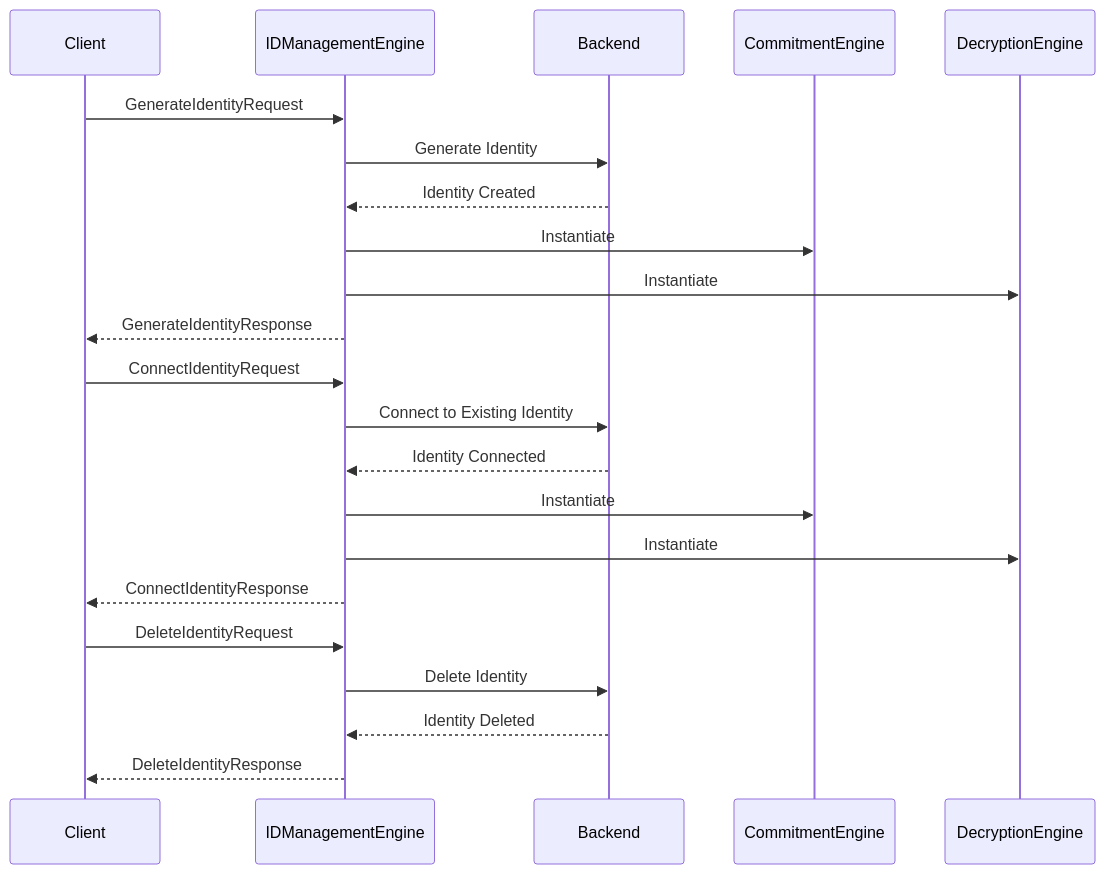
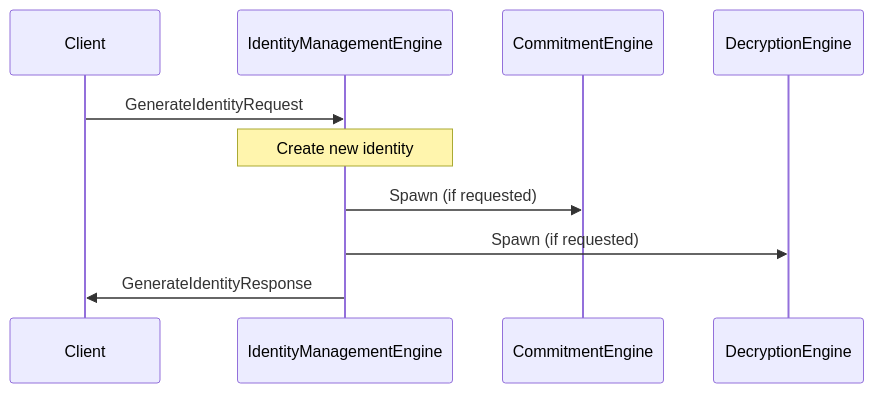
Before and after one commit to anoma/nspec: the first of 3 diagrams in docs/node_architecture/engines/identity_management_overview.juvix.md, drawn with Mermaid. The commit also changed other lines of this file and 9 other files, not shown here.

Commit message:
Clearn up sequence diagrams

````diff
--- a/docs/node_architecture/engines/identity_management_overview.juvix.md
+++ b/docs/node_architecture/engines/identity_management_overview.juvix.md
@@ -169,27 +169,13 @@
 ```mermaid
 sequenceDiagram
     participant Client
-    participant IDManagementEngine
-    participant Backend
+    participant IdentityManagementEngine
     participant CommitmentEngine
     participant DecryptionEngine
 
-    Client->>IDManagementEngine: GenerateIdentityRequest
-    IDManagementEngine->>Backend: Generate Identity
-    Backend-->>IDManagementEngine: Identity Created
-    IDManagementEngine->>CommitmentEngine: Instantiate
-    IDManagementEngine->>DecryptionEngine: Instantiate
-    IDManagementEngine-->>Client: GenerateIdentityResponse
-
-    Client->>IDManagementEngine: ConnectIdentityRequest
-    IDManagementEngine->>Backend: Connect to Existing Identity
-    Backend-->>IDManagementEngine: Identity Connected
-    IDManagementEngine->>CommitmentEngine: Instantiate
-    IDManagementEngine->>DecryptionEngine: Instantiate
-    IDManagementEngine-->>Client: ConnectIdentityResponse
-
-    Client->>IDManagementEngine: DeleteIdentityRequest
-    IDManagementEngine->>Backend: Delete Identity
-    Backend-->>IDManagementEngine: Identity Deleted
-    IDManagementEngine-->>Client: DeleteIdentityResponse
+    Client->>IdentityManagementEngine: GenerateIdentityRequest
+    Note over IdentityManagementEngine: Create new identity
+    IdentityManagementEngine->>CommitmentEngine: Spawn (if requested)
+    IdentityManagementEngine->>DecryptionEngine: Spawn (if requested)
+    IdentityManagementEngine->>Client: GenerateIdentityResponse
 ```
````
